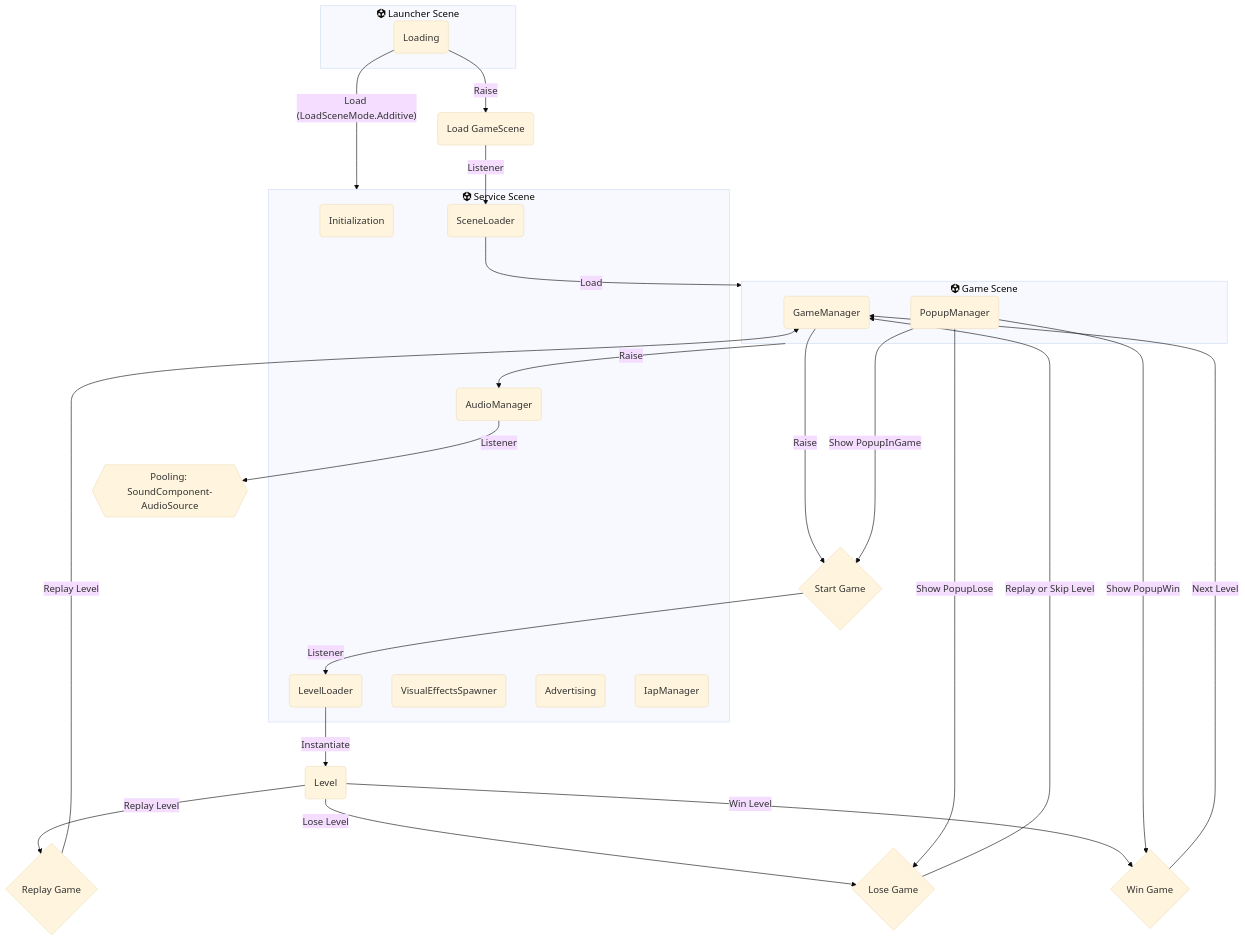
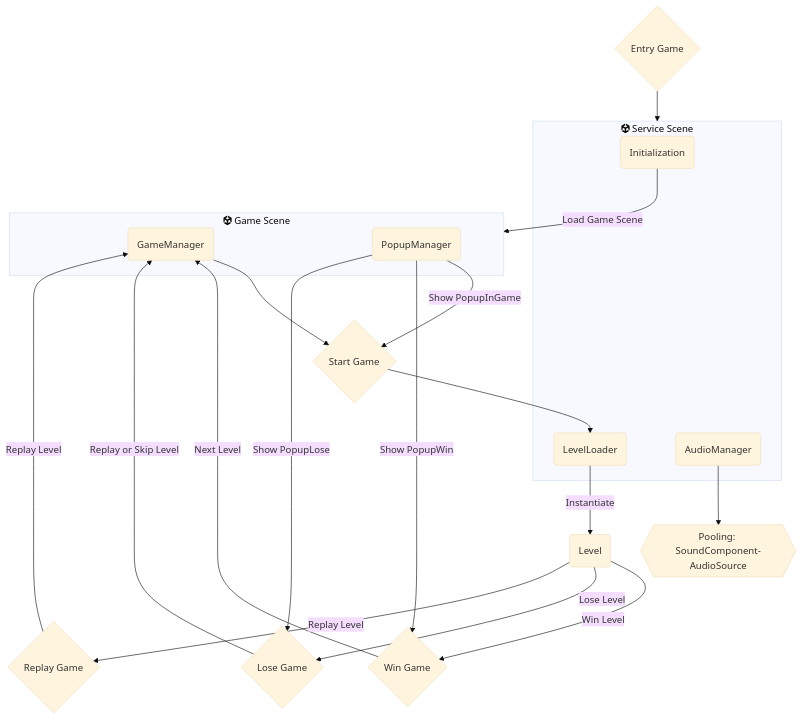
One commit to VirtueSky/TheBeginning changed the diagram in README.md. Above: the diagram before and after it, drawn with Mermaid (base theme).

````diff
--- a/README.md
+++ b/README.md
@@ -10,35 +10,25 @@
 ```mermaid
-flowchart TB
-    subgraph LauncherScene["<i class="fa-brands fa-unity"></i> Launcher Scene"]
-    Loading(Loading)
-    end
+flowchart TD
 
-    subgraph ServiceScene["<i class="fa-brands fa-unity"></i> Service Scene"]
+subgraph ServiceScene["<i class="fa-brands fa-unity"></i> Service Scene"]
     Initialization(Initialization)
-    SceneLoader(SceneLoader)
     LevelLoader(LevelLoader)
     AudioManager(AudioManager)
-    VisualEffectsSpawner(VisualEffectsSpawner)
-    Advertising(Advertising)
-    IapManager(IapManager)
     end
 
     subgraph GameScene["<i class="fa-brands fa-unity"></i> Game Scene"]
     GameManager(GameManager)
     PopupManager(PopupManager)
     end
-
-    GameScene --Raise--> AudioManager --Listener--> SoundComponent{{Pooling: SoundComponent-AudioSource}}
-
-
-    Loading --Load (LoadSceneMode.Additive)--> ServiceScene
-    Loading --Raise--> LoadGameScene(Load GameScene) --Listener--> SceneLoader --Load--> GameScene
-    GameManager --Raise----> StartGame{Start Game} --Listener--> LevelLoader --Instantiate--> Level(Level)
+    EntryGame{Entry Game} --> ServiceScene
+    AudioManager --> SoundComponent{{Pooling: SoundComponent-AudioSource}}
+    Initialization --Load Game Scene--> GameScene 
+    GameManager --> StartGame{Start Game} --> LevelLoader --Instantiate--> Level(Level)
     PopupManager --Show PopupInGame--> StartGame
     Level --Win Level--> WinGame{Win Game} --Next Level-->GameManager
     Level --Lose Level--> LoseGame{Lose Game} --Replay or Skip Level-->GameManager
     Level --Replay Level--> ReplayGame{Replay Game}
     ReplayGame --Replay Level--> GameManager
     PopupManager --Show PopupWin--> WinGame
     PopupManager --Show PopupLose--> LoseGame
 ```
````
